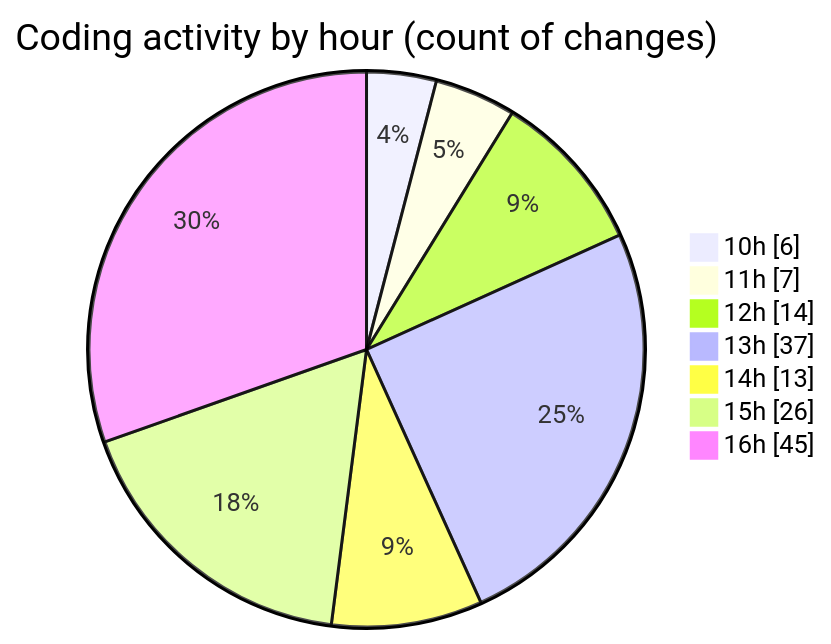
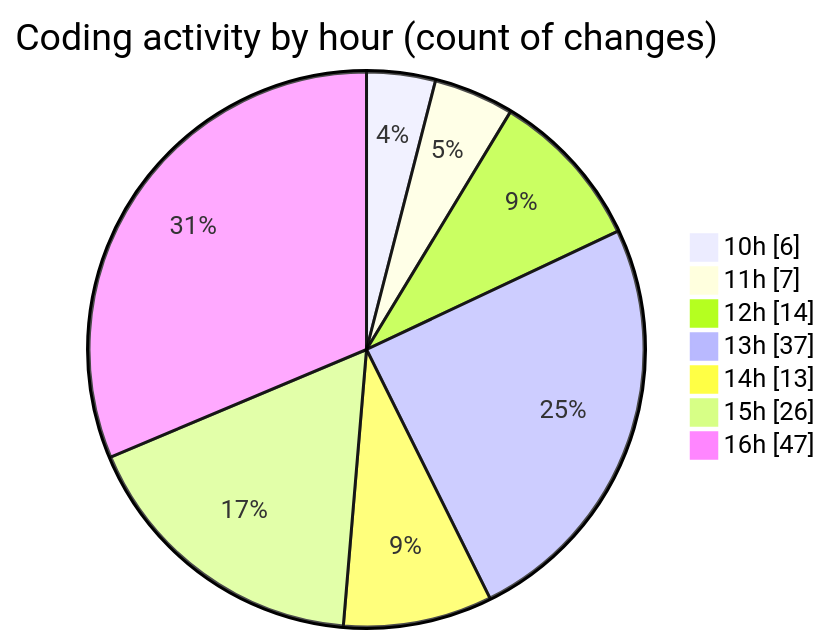
The second of 2 diagrams in 2025-06-23/cda/README.md (momahboobian/code-tracking), drawn with Mermaid before and after one commit. The commit also changed other lines of this file and 1 other file, not shown here.

````diff
--- a/2025-06-23/cda/README.md
+++ b/2025-06-23/cda/README.md
@@ -50,11 +50,11 @@
 ```mermaid
 pie showData
 title Coding activity by hour (count of changes)
 "10h" : 6
 "11h" : 7
 "12h" : 14
 "13h" : 37
 "14h" : 13
 "15h" : 26
-"16h" : 45
+"16h" : 47
 ```
````
